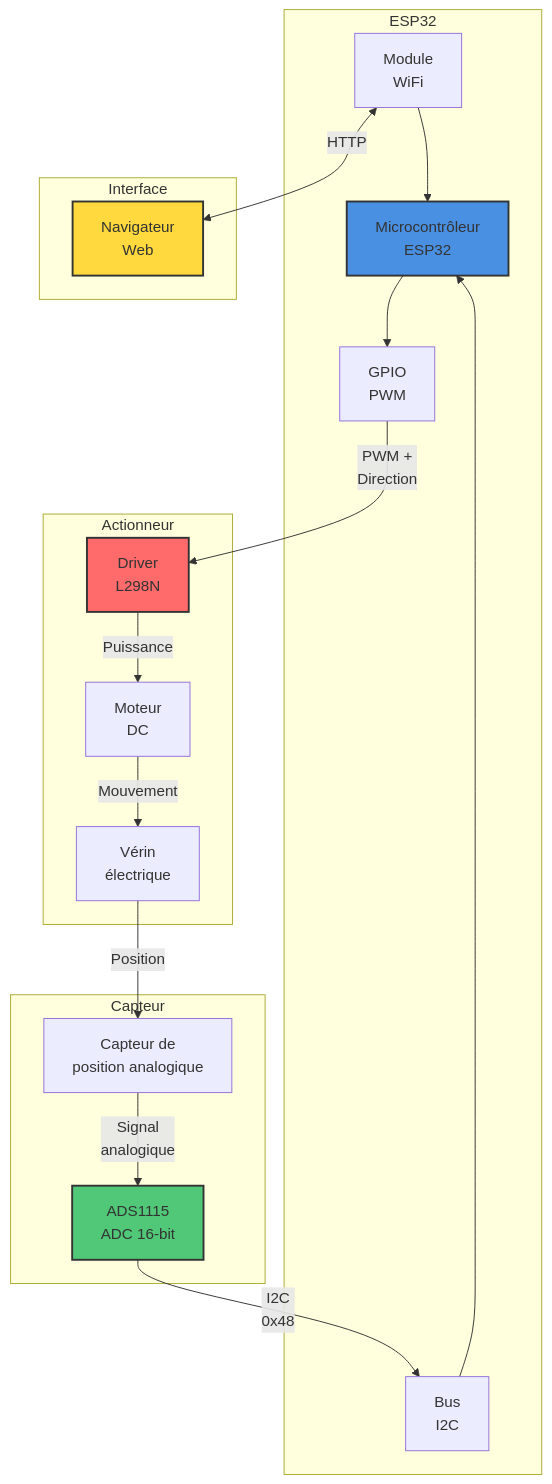
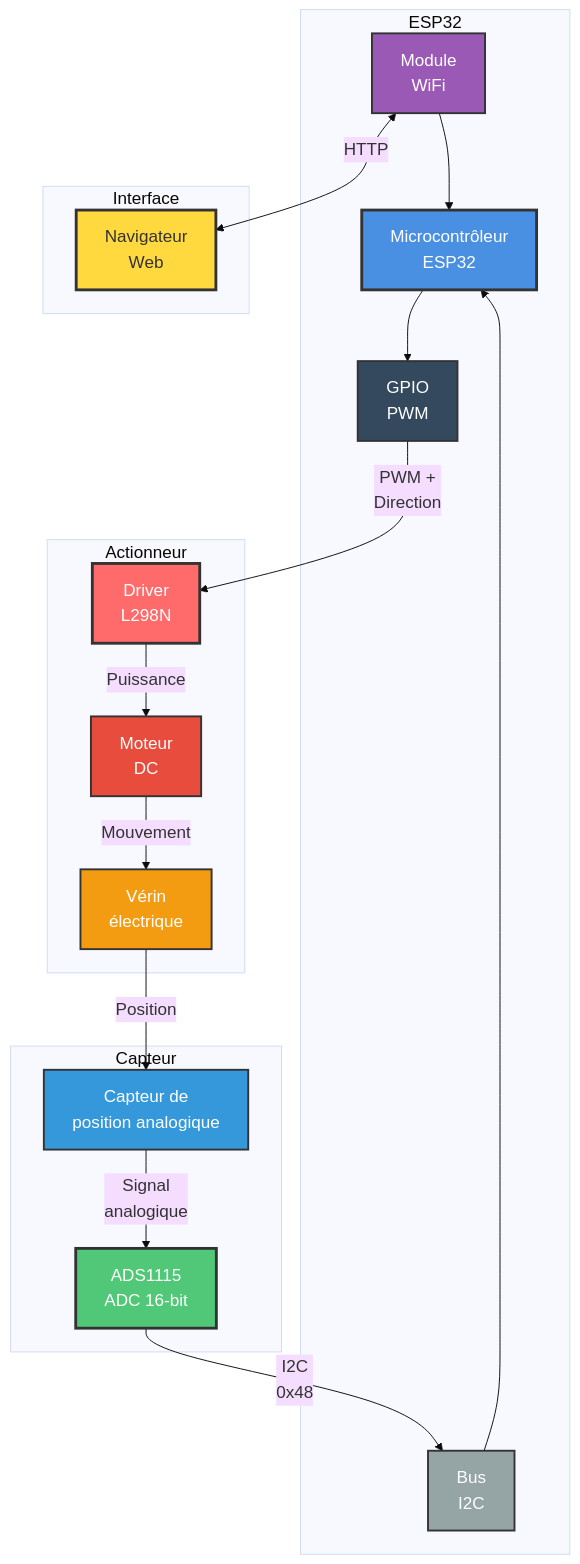
One commit to axel-g-dev/Projet-Verin-commande changed the first of 6 diagrams in README.md. Above: the diagram before and after it, drawn with Mermaid. The commit also changed other lines of this file, not shown here.

Commit message:
Increase diagram node sizes and improve readability with larger fonts and padding

````diff
--- a/README.md
+++ b/README.md
@@ -31,40 +31,47 @@
 ```mermaid
+%%{init: {'theme':'base', 'themeVariables': { 'fontSize':'18px', 'fontFamily':'arial'}}}%%
 graph TB
-    subgraph ESP32_Module["ESP32"]
-        MCU["Microcontrôleur<br/>ESP32"]
-        WiFi["Module<br/>WiFi"]
-        I2C["Bus<br/>I2C"]
-        GPIO["GPIO<br/>PWM"]
+    subgraph ESP32_Module["  ESP32  "]
+        MCU["  Microcontrôleur  <br/>  ESP32  "]
+        WiFi["  Module  <br/>  WiFi  "]
+        I2C["  Bus  <br/>  I2C  "]
+        GPIO["  GPIO  <br/>  PWM  "]
     end
     
-    subgraph Capteur_Module["Capteur"]
-        ADS["ADS1115<br/>ADC 16-bit"]
-        Sensor["Capteur de<br/>position analogique"]
+    subgraph Capteur_Module["  Capteur  "]
+        ADS["  ADS1115  <br/>  ADC 16-bit  "]
+        Sensor["  Capteur de  <br/>  position analogique  "]
     end
     
-    subgraph Actionneur_Module["Actionneur"]
-        Driver["Driver<br/>L298N"]
-        Motor["Moteur<br/>DC"]
-        Actuator["Vérin<br/>électrique"]
+    subgraph Actionneur_Module["  Actionneur  "]
+        Driver["  Driver  <br/>  L298N  "]
+        Motor["  Moteur  <br/>  DC  "]
+        Actuator["  Vérin  <br/>  électrique  "]
     end
     
-    subgraph Interface_Module["Interface"]
-        Web["Navigateur<br/>Web"]
+    subgraph Interface_Module["  Interface  "]
+        Web["  Navigateur  <br/>  Web  "]
     end
     
-    Sensor -->|"Signal<br/>analogique"| ADS
-    ADS -->|"I2C<br/>0x48"| I2C
+    Sensor -->|"  Signal  <br/>  analogique  "| ADS
+    ADS -->|"  I2C  <br/>  0x48  "| I2C
     I2C --> MCU
     MCU --> GPIO
-    GPIO -->|"PWM +<br/>Direction"| Driver
-    Driver -->|"Puissance"| Motor
-    Motor -->|"Mouvement"| Actuator
-    Actuator -->|"Position"| Sensor
-    WiFi <-->|"HTTP"| Web
+    GPIO -->|"  PWM +  <br/>  Direction  "| Driver
+    Driver -->|"  Puissance  "| Motor
+    Motor -->|"  Mouvement  "| Actuator
+    Actuator -->|"  Position  "| Sensor
+    WiFi <-->|"  HTTP  "| Web
     WiFi --> MCU
     
-    style MCU fill:#4a90e2,stroke:#333,stroke-width:2px
-    style ADS fill:#50c878,stroke:#333,stroke-width:2px
-    style Driver fill:#ff6b6b,stroke:#333,stroke-width:2px
-    style Web fill:#ffd93d,stroke:#333,stroke-width:2px
+    style MCU fill:#4a90e2,stroke:#333,stroke-width:3px,color:#fff,padding:20px
+    style ADS fill:#50c878,stroke:#333,stroke-width:3px,color:#fff,padding:20px
+    style Driver fill:#ff6b6b,stroke:#333,stroke-width:3px,color:#fff,padding:20px
+    style Web fill:#ffd93d,stroke:#333,stroke-width:3px,color:#333,padding:20px
+    style WiFi fill:#9b59b6,stroke:#333,stroke-width:2px,color:#fff,padding:15px
+    style Sensor fill:#3498db,stroke:#333,stroke-width:2px,color:#fff,padding:15px
+    style Motor fill:#e74c3c,stroke:#333,stroke-width:2px,color:#fff,padding:15px
+    style Actuator fill:#f39c12,stroke:#333,stroke-width:2px,color:#fff,padding:15px
+    style I2C fill:#95a5a6,stroke:#333,stroke-width:2px,color:#fff,padding:15px
+    style GPIO fill:#34495e,stroke:#333,stroke-width:2px,color:#fff,padding:15px
 ```
````
